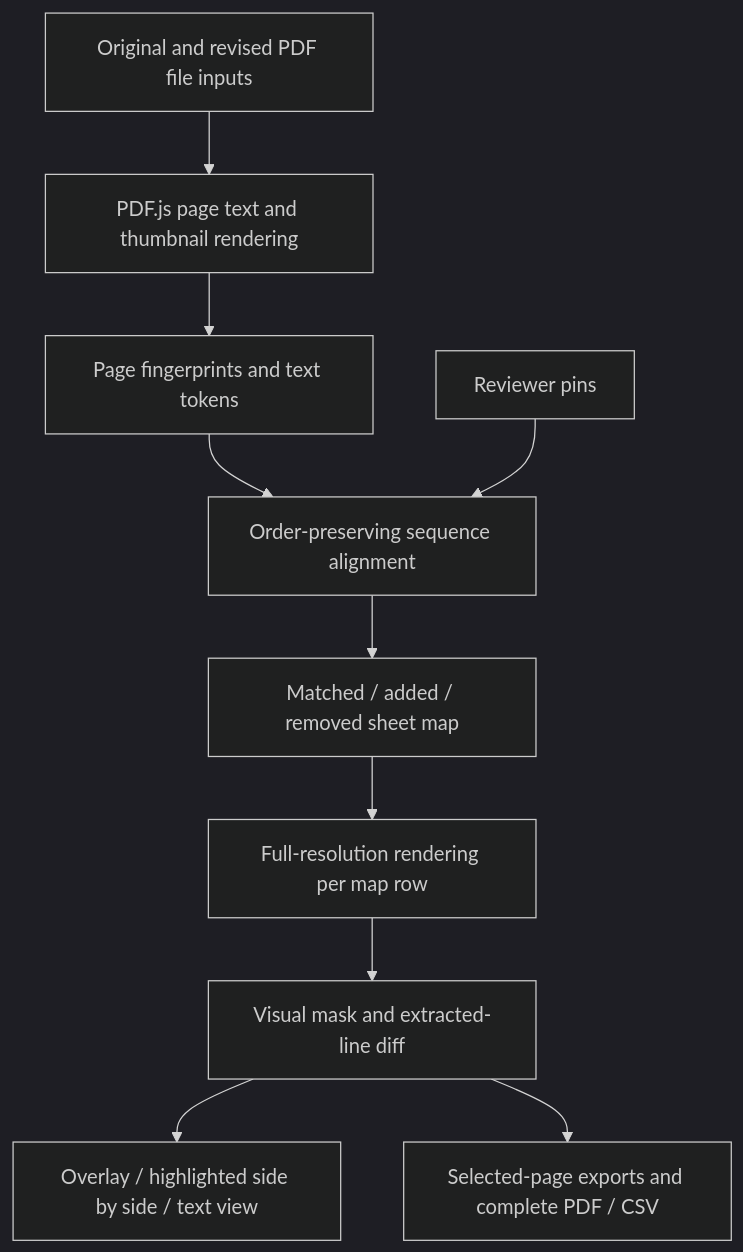
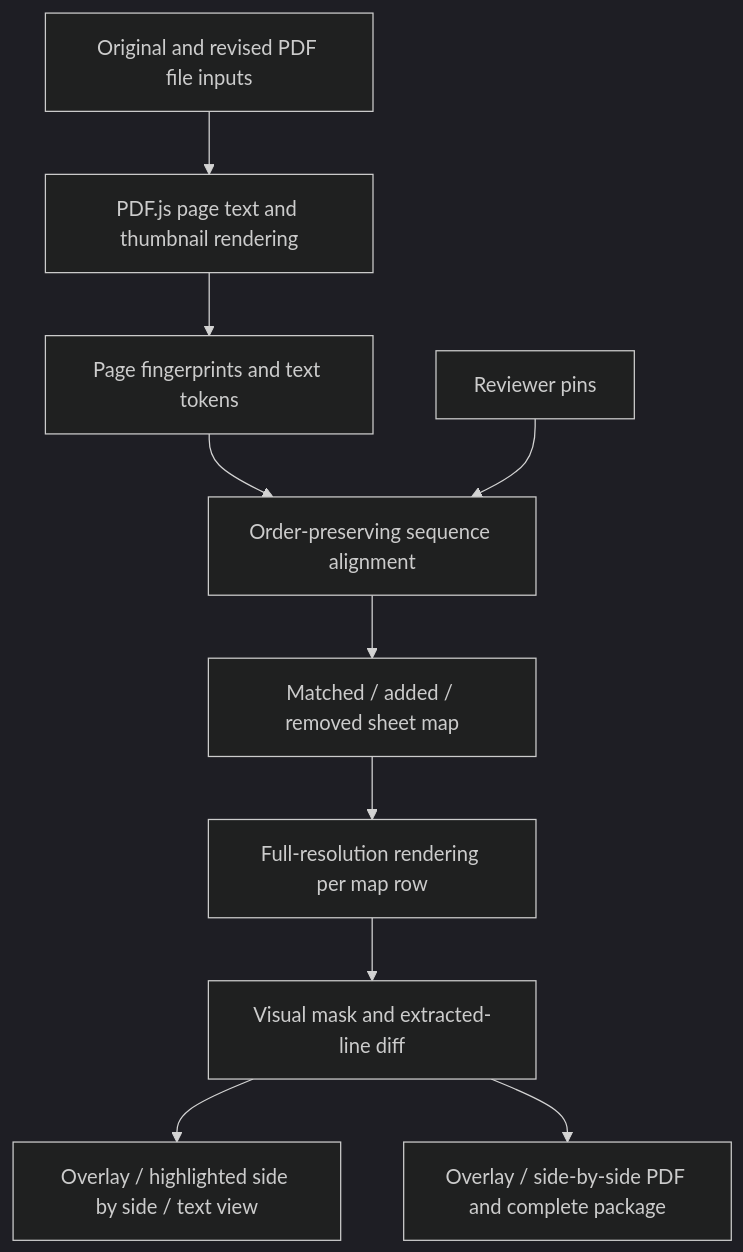
One commit to akapoor308/revision-lens changed the diagram in docs/ARCHITECTURE.md. Above: the diagram before and after it, drawn with Mermaid (dark theme). The commit also changed other lines of this file and 12 other files, not shown here.

````diff
--- a/docs/ARCHITECTURE.md
+++ b/docs/ARCHITECTURE.md
@@ -13,12 +13,12 @@
 ```mermaid
 flowchart TD
   A[Original and revised PDF file inputs] --> B[PDF.js page text and thumbnail rendering]
   B --> C[Page fingerprints and text tokens]
   C --> D[Order-preserving sequence alignment]
   D --> E[Matched / added / removed sheet map]
   E --> F[Full-resolution rendering per map row]
   F --> G[Visual mask and extracted-line diff]
   G --> H[Overlay / highlighted side by side / text view]
-  G --> I[Selected-page exports and complete PDF / CSV]
+  G --> I[Overlay / side-by-side PDF and complete package]
   J[Reviewer pins] --> D
 ```
````
